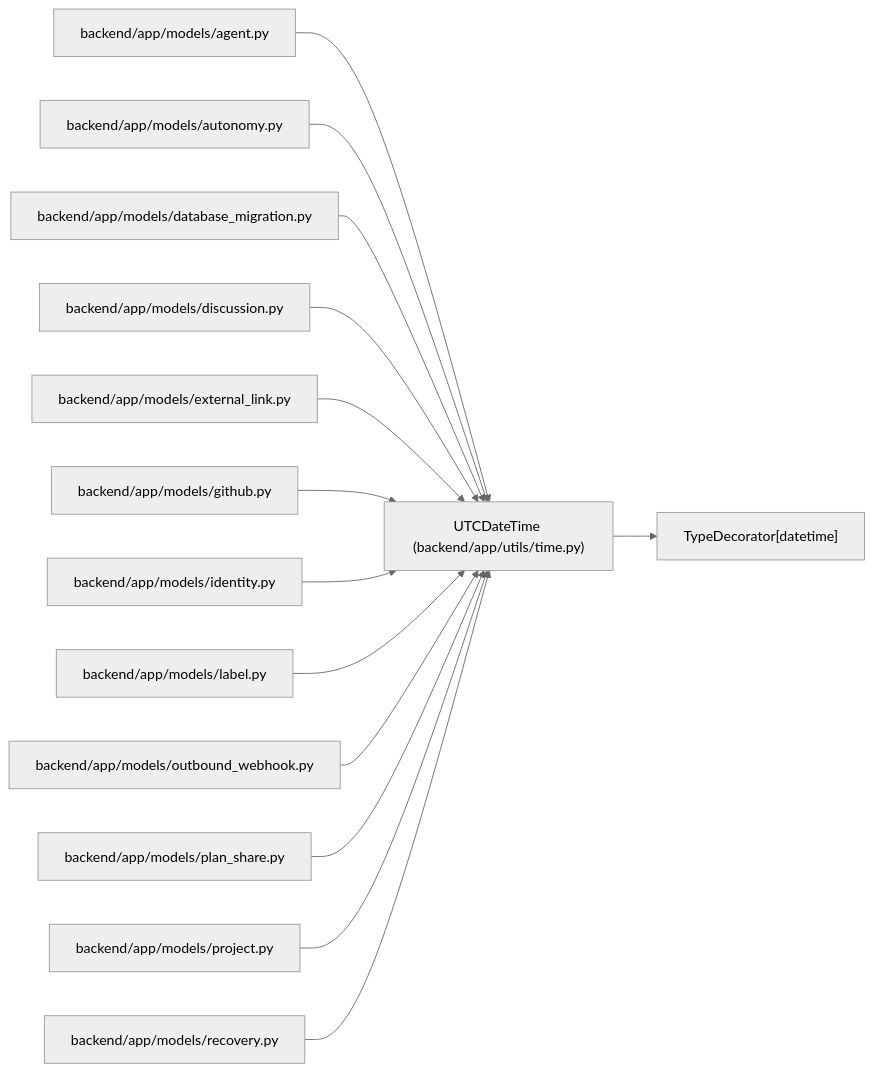
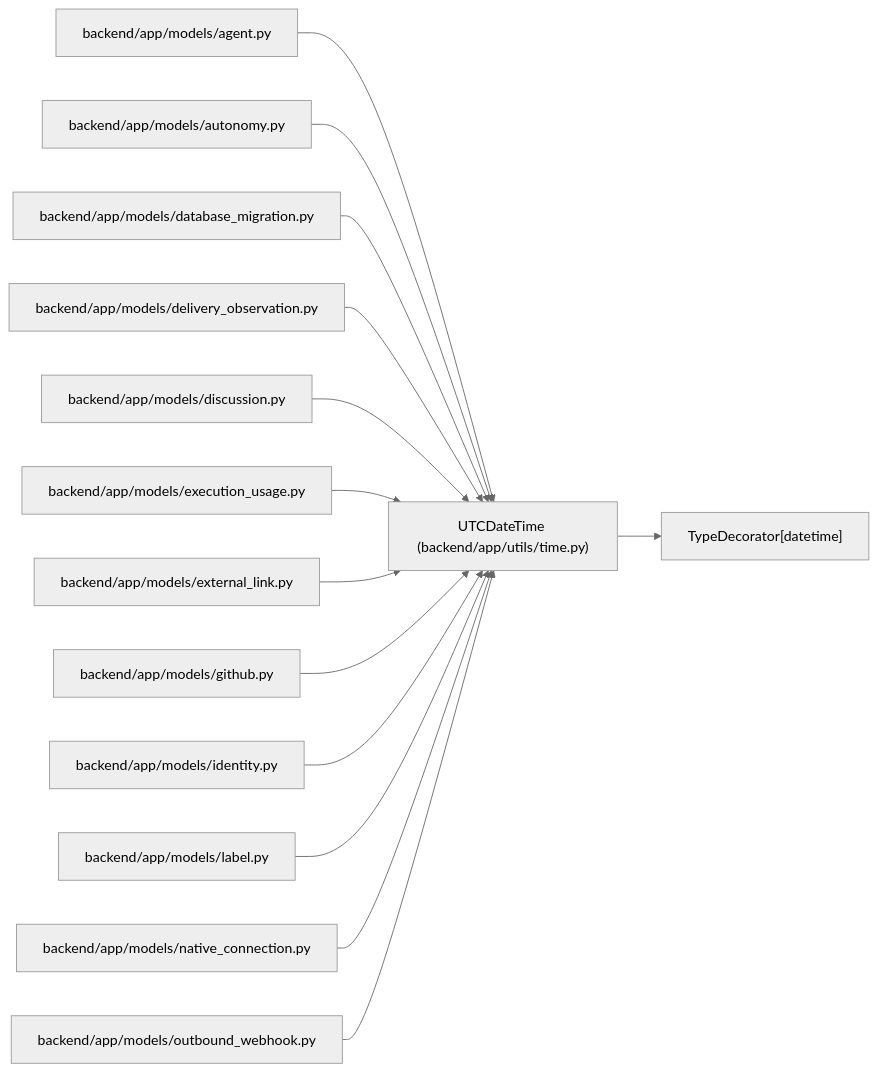
Before and after one commit to Denissvgn/WorkChord: the diagram in docs/llm_wiki/entities/UTCDateTime.md, drawn with Mermaid (neutral theme). The commit also changed other lines of this file and 6624 other files, not shown here.

First line of the commit message:
Add verified Android workflows and external-agent execution evidence (#8)

````diff
--- a/docs/llm_wiki/entities/UTCDateTime.md
+++ b/docs/llm_wiki/entities/UTCDateTime.md
@@ -31,43 +31,43 @@
 ```mermaid
 flowchart LR
     n0["UTCDateTime (backend/app/utils/time.py)"]
     n1["TypeDecorator[datetime]"]
     n2["backend/app/models/agent.py"]
     n3["backend/app/models/autonomy.py"]
     n4["backend/app/models/database_migration.py"]
-    n5["backend/app/models/discussion.py"]
-    n6["backend/app/models/external_link.py"]
-    n7["backend/app/models/github.py"]
-    n8["backend/app/models/identity.py"]
-    n9["backend/app/models/label.py"]
-    n10["backend/app/models/outbound_webhook.py"]
-    n11["backend/app/models/plan_share.py"]
-    n12["backend/app/models/project.py"]
-    n13["backend/app/models/recovery.py"]
+    n5["backend/app/models/delivery_observation.py"]
+    n6["backend/app/models/discussion.py"]
+    n7["backend/app/models/execution_usage.py"]
+    n8["backend/app/models/external_link.py"]
+    n9["backend/app/models/github.py"]
+    n10["backend/app/models/identity.py"]
+    n11["backend/app/models/label.py"]
+    n12["backend/app/models/native_connection.py"]
+    n13["backend/app/models/outbound_webhook.py"]
     n0 --> n1
     n2 --> n0
     n3 --> n0
     n4 --> n0
     n5 --> n0
     n6 --> n0
     n7 --> n0
     n8 --> n0
     n9 --> n0
     n10 --> n0
     n11 --> n0
     n12 --> n0
     n13 --> n0
     click n0 "../modules/time.md"
     click n2 "../modules/models_agent.md"
     click n3 "../modules/models_autonomy.md"
     click n4 "../modules/models_database_migration.md"
-    click n5 "../modules/models_discussion.md"
-    click n6 "../modules/models_external_link.md"
-    click n7 "../modules/models_github.md"
-    click n8 "../modules/models_identity.md"
-    click n9 "../modules/models_label.md"
-    click n10 "../modules/models_outbound_webhook.md"
-    click n11 "../modules/models_plan_share.md"
-    click n12 "../modules/models_project.md"
-    click n13 "../modules/recovery.md"
+    click n5 "../modules/delivery_observation.md"
+    click n6 "../modules/models_discussion.md"
+    click n7 "../modules/models_execution_usage.md"
+    click n8 "../modules/models_external_link.md"
+    click n9 "../modules/models_github.md"
+    click n10 "../modules/models_identity.md"
+    click n11 "../modules/models_label.md"
+    click n12 "../modules/native_connection.md"
+    click n13 "../modules/models_outbound_webhook.md"
 ```
````
